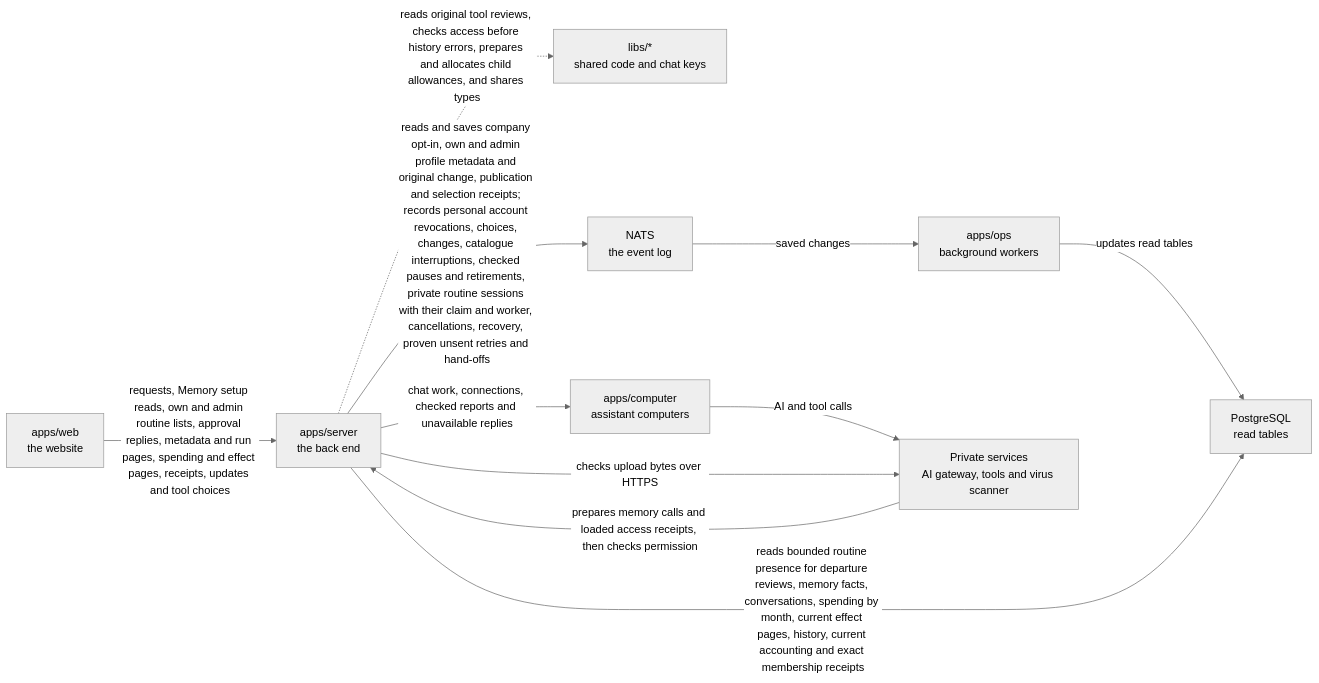
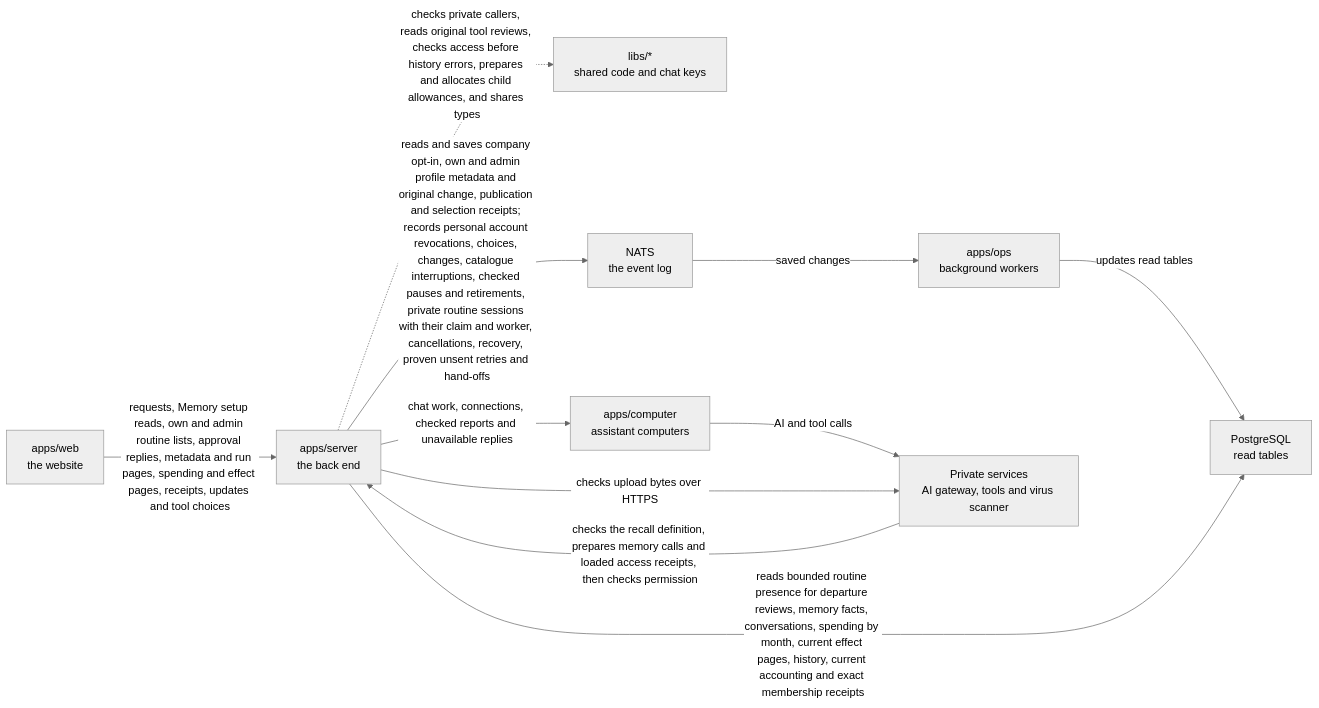
Before and after one commit to elewa-git/opencrane-new: the diagram in apps/server/README.md, drawn with Mermaid (neutral theme). The commit also changed other lines of this file and 20 other files, not shown here.

First line of the commit message:
🧠 Private turns get only the reviewed personal recall tools, bound to their recorded requester and grant (#737)

````diff
--- a/apps/server/README.md
+++ b/apps/server/README.md
@@ -82,13 +82,13 @@
 ```mermaid
 flowchart LR
   web["apps/web<br/>the website"] -->|requests, Memory setup reads, own and admin routine lists, approval replies, metadata and run pages, spending and effect pages, receipts, updates and tool choices| server["apps/server<br/>the back end"]
-  server -.->|reads original tool reviews, checks access before history errors, prepares and allocates child allowances, and shares types| libs["libs/*<br/>shared code and chat keys"]
+  server -.->|checks private callers, reads original tool reviews, checks access before history errors, prepares and allocates child allowances, and shares types| libs["libs/*<br/>shared code and chat keys"]
   server -->|reads and saves company opt-in, own and admin profile metadata and original change, publication and selection receipts; records personal account revocations, choices, changes, catalogue interruptions, checked pauses and retirements, private routine sessions with their claim and worker, cancellations, recovery, proven unsent retries and hand-offs| nats["NATS<br/>the event log"]
   nats -->|saved changes| ops["apps/ops<br/>background workers"]
   ops -->|updates read tables| postgres["PostgreSQL<br/>read tables"]
   server -->|reads bounded routine presence for departure reviews, memory facts, conversations, spending by month, current effect pages, history, current accounting and exact membership receipts| postgres
   server -->|chat work, connections, checked reports and unavailable replies| computer["apps/computer<br/>assistant computers"]
   computer -->|AI and tool calls| runtime["Private services<br/>AI gateway, tools and virus scanner"]
   server -->|checks upload bytes over HTTPS| runtime
-  runtime -->|prepares memory calls and loaded access receipts, then checks permission| server
+  runtime -->|checks the recall definition, prepares memory calls and loaded access receipts, then checks permission| server
 ```
````
